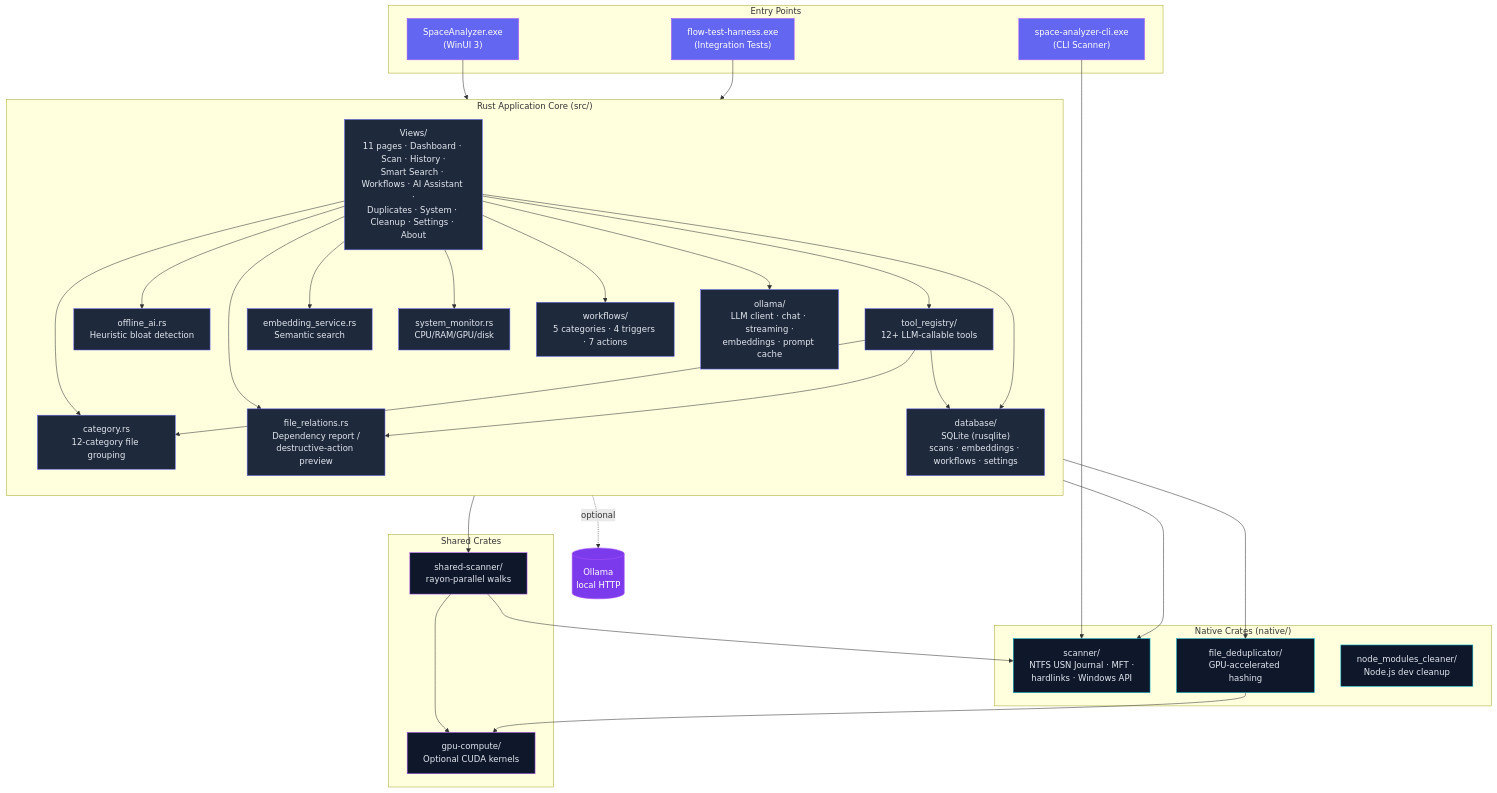
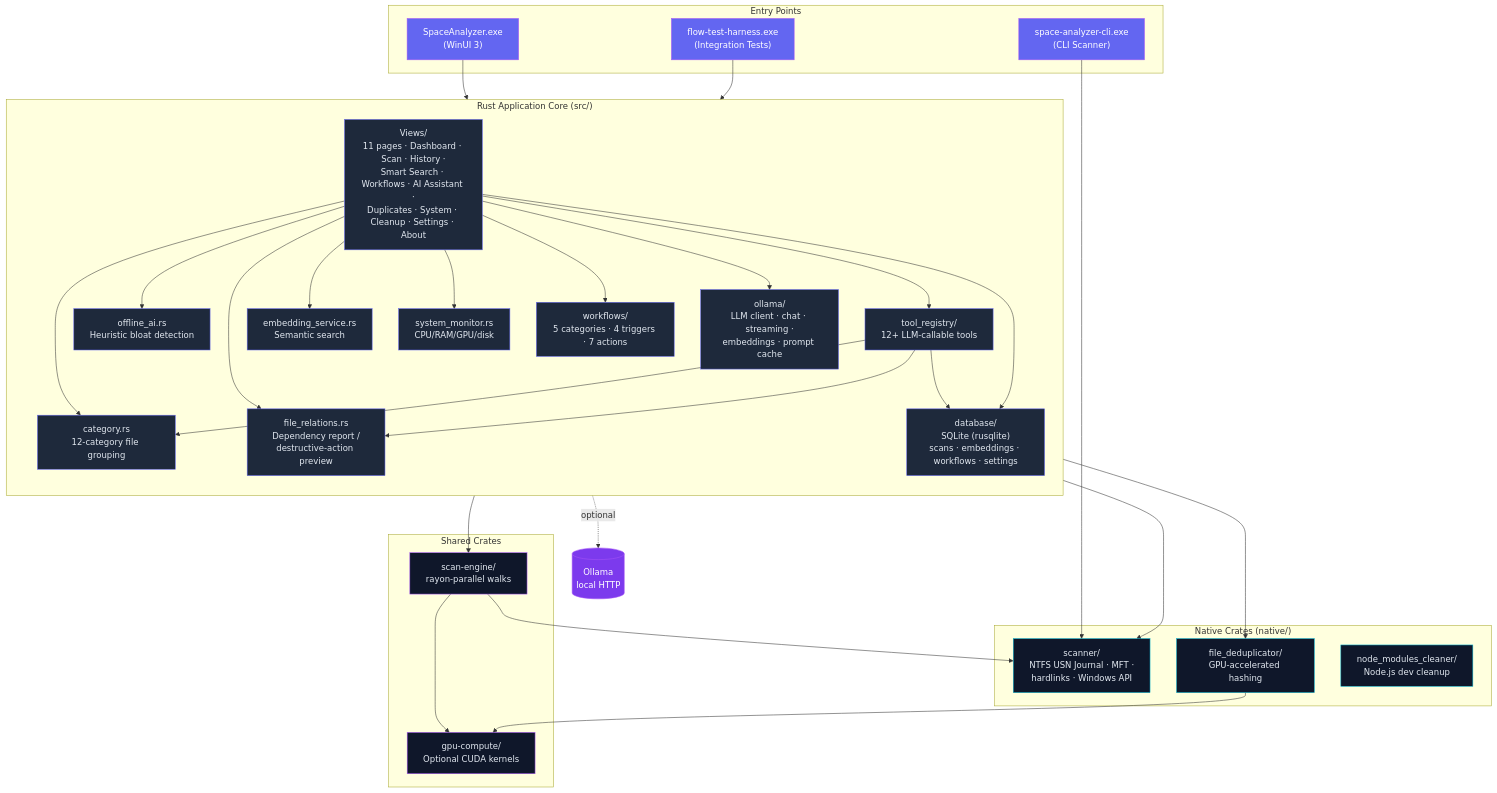
The diagram in assets/diagrams/architecture.md (ogneocortext/space-analyzer-pro), drawn with Mermaid before and after one commit. The commit also changed 117 other files, not shown here.

````diff
--- a/assets/diagrams/architecture.md
+++ b/assets/diagrams/architecture.md
@@ -1,68 +1,68 @@
 ```mermaid
 graph TB
     subgraph Entry["Entry Points"]
         GUI["SpaceAnalyzer.exe<br/>(WinUI 3)"]
         CLI["space-analyzer-cli.exe<br/>(CLI Scanner)"]
         FTH["flow-test-harness.exe<br/>(Integration Tests)"]
     end
 
     subgraph App["Rust Application Core (src/)"]
         direction TB
         Gui["Views/<br/>11 pages · Dashboard · Scan · History ·<br/>Smart Search · Workflows · AI Assistant ·<br/>Duplicates · System · Cleanup · Settings · About"]
         Ollama["ollama/<br/>LLM client · chat · streaming ·<br/>embeddings · prompt cache"]
         DB["database/<br/>SQLite (rusqlite)<br/>scans · embeddings · workflows · settings"]
         WF["workflows/<br/>5 categories · 4 triggers · 7 actions"]
         TR["tool_registry/<br/>12+ LLM-callable tools"]
         Cat["category.rs<br/>12-category file grouping"]
         OAI["offline_ai.rs<br/>Heuristic bloat detection"]
         FR["file_relations.rs<br/>Dependency report /<br/>destructive-action preview"]
         SM["system_monitor.rs<br/>CPU/RAM/GPU/disk"]
         ES["embedding_service.rs<br/>Semantic search"]
     end
 
     subgraph Native["Native Crates (native/)"]
         Scanner["scanner/<br/>NTFS USN Journal · MFT ·<br/>hardlinks · Windows API"]
         Dedup["file_deduplicator/<br/>GPU-accelerated hashing"]
         NMC["node_modules_cleaner/<br/>Node.js dev cleanup"]
     end
 
     subgraph Shared["Shared Crates"]
-        SS["shared-scanner/<br/>rayon-parallel walks"]
+        SS["scan-engine/<br/>rayon-parallel walks"]
         GPU["gpu-compute/<br/>Optional CUDA kernels"]
     end
 
     GUI --> Gui
     CLI --> Scanner
     FTH --> Gui
     Gui --> Cat
     Gui --> OAI
     Gui --> FR
     Gui --> ES
     Gui --> SM
     Gui --> WF
     Gui --> Ollama
     Gui --> TR
     Gui --> DB
     Ollama -.optional.-> OllamaExt[(Ollama<br/>local HTTP)]
     TR --> Cat
     TR --> FR
     TR --> SS
     TR --> DB
     WF --> Scanner
     WF --> Dedup
     SS --> GPU
     SS --> Scanner
     Dedup --> GPU
 
     classDef entry fill:#6366f1,stroke:#a855f7,color:#fff
     classDef app fill:#1e293b,stroke:#6366f1,color:#e2e8f0
     classDef native fill:#0f172a,stroke:#06b6d4,color:#e2e8f0
     classDef shared fill:#0f172a,stroke:#a855f7,color:#e2e8f0
     classDef ext fill:#7c3aed,stroke:#a855f7,color:#fff
 
     class GUI,CLI,FTH entry
     class Gui,Ollama,DB,WF,TR,Cat,OAI,FR,SM,ES app
     class Scanner,Dedup,NMC native
     class SS,GPU shared
     class OllamaExt ext
 ```
````
